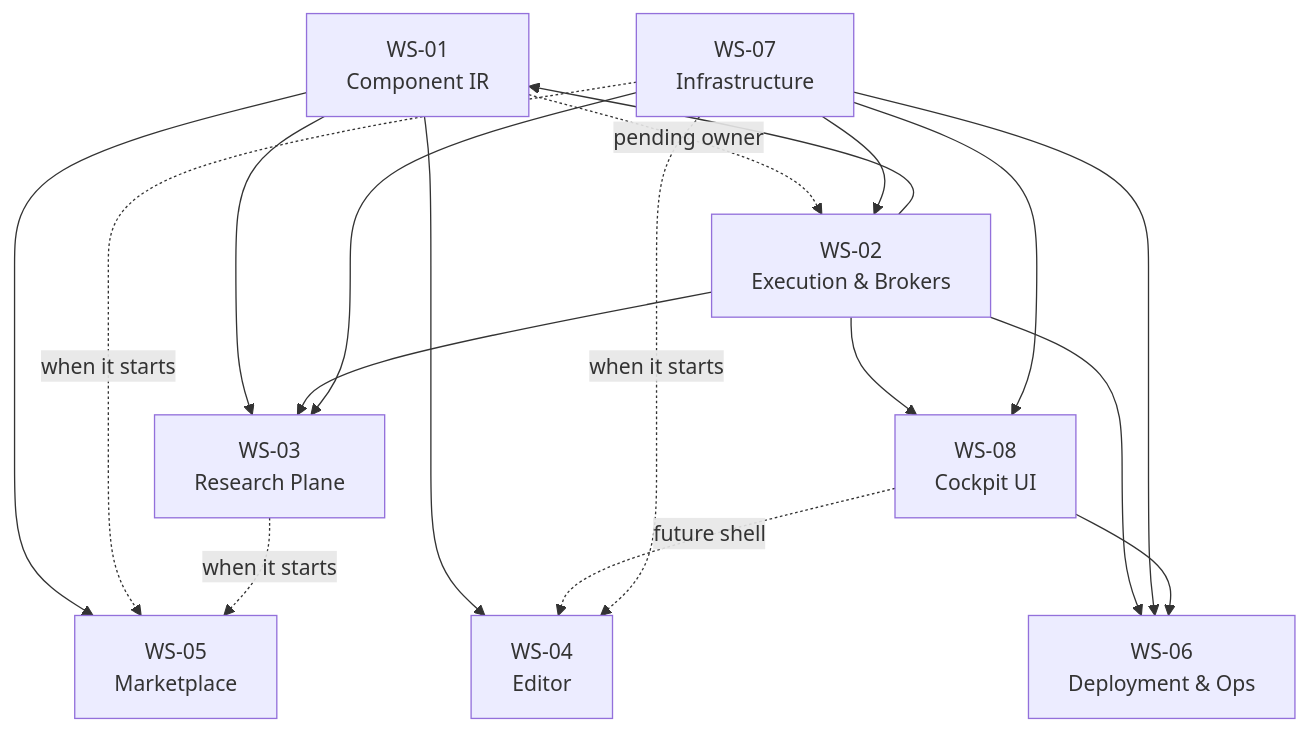
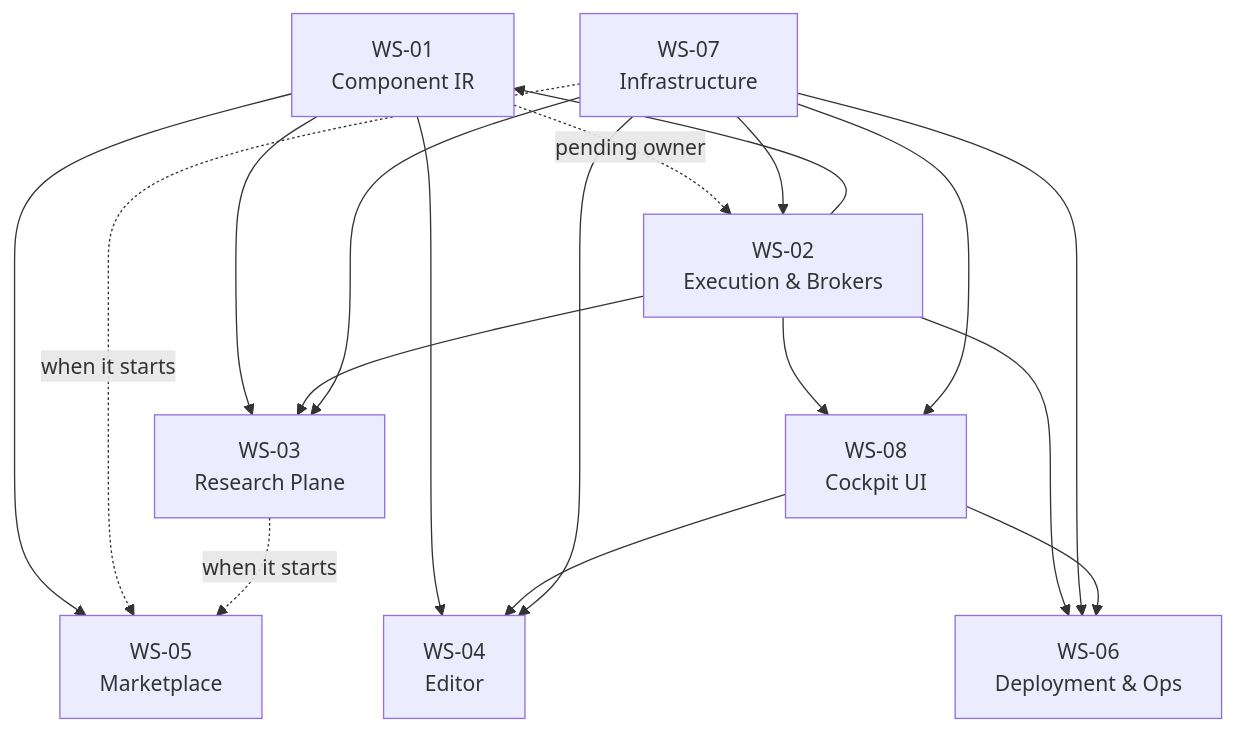
Before and after one commit to priyanshusaraf/options-trading: the diagram in paper-trader/docs/engineering/DEPENDENCIES.md, drawn with Mermaid. The commit also changed other lines of this file and 10 other files, not shown here.

````diff
--- a/paper-trader/docs/engineering/DEPENDENCIES.md
+++ b/paper-trader/docs/engineering/DEPENDENCIES.md
@@ -12,31 +12,31 @@
 ```mermaid
 graph TD
   WS01["WS-01<br/>Component IR"]
   WS02["WS-02<br/>Execution & Brokers"]
   WS03["WS-03<br/>Research Plane"]
   WS04["WS-04<br/>Editor"]
   WS05["WS-05<br/>Marketplace"]
   WS06["WS-06<br/>Deployment & Ops"]
   WS07["WS-07<br/>Infrastructure"]
   WS08["WS-08<br/>Cockpit UI"]
 
   WS01 --> WS03
   WS01 --> WS04
   WS01 --> WS05
   WS01 -.pending owner.-> WS02
   WS02 --> WS03
   WS02 --> WS08
   WS07 --> WS02
   WS07 --> WS03
   WS07 --> WS08
   WS02 --> WS06
   WS07 --> WS06
   WS08 --> WS06
-  WS08 -.future shell.-> WS04
+  WS08 --> WS04
   WS02 --> WS01
-  WS07 -.when it starts.-> WS04
+  WS07 --> WS04
   WS07 -.when it starts.-> WS05
   WS03 -.when it starts.-> WS05
 
   classDef blocked stroke-dasharray: 5 5
 ```
````
